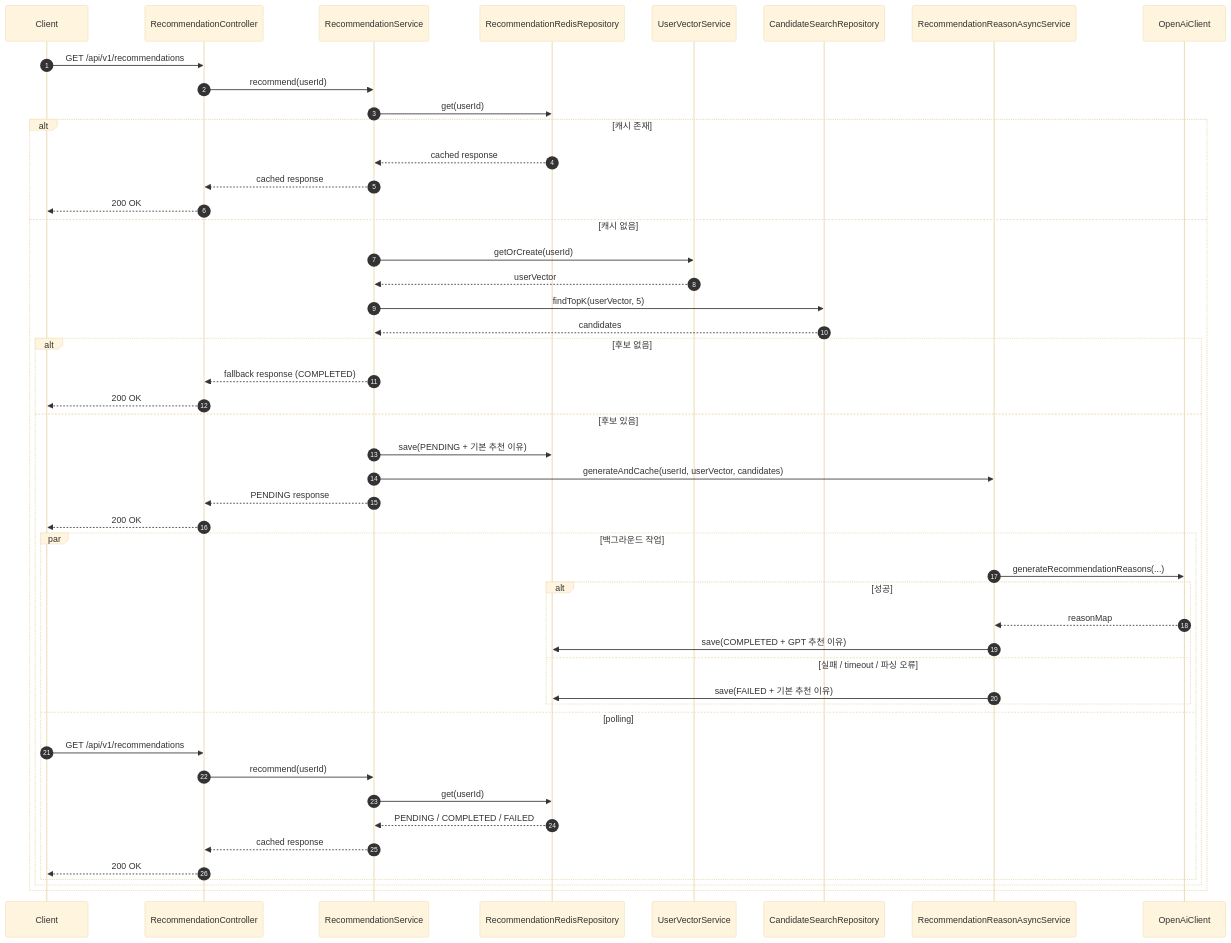
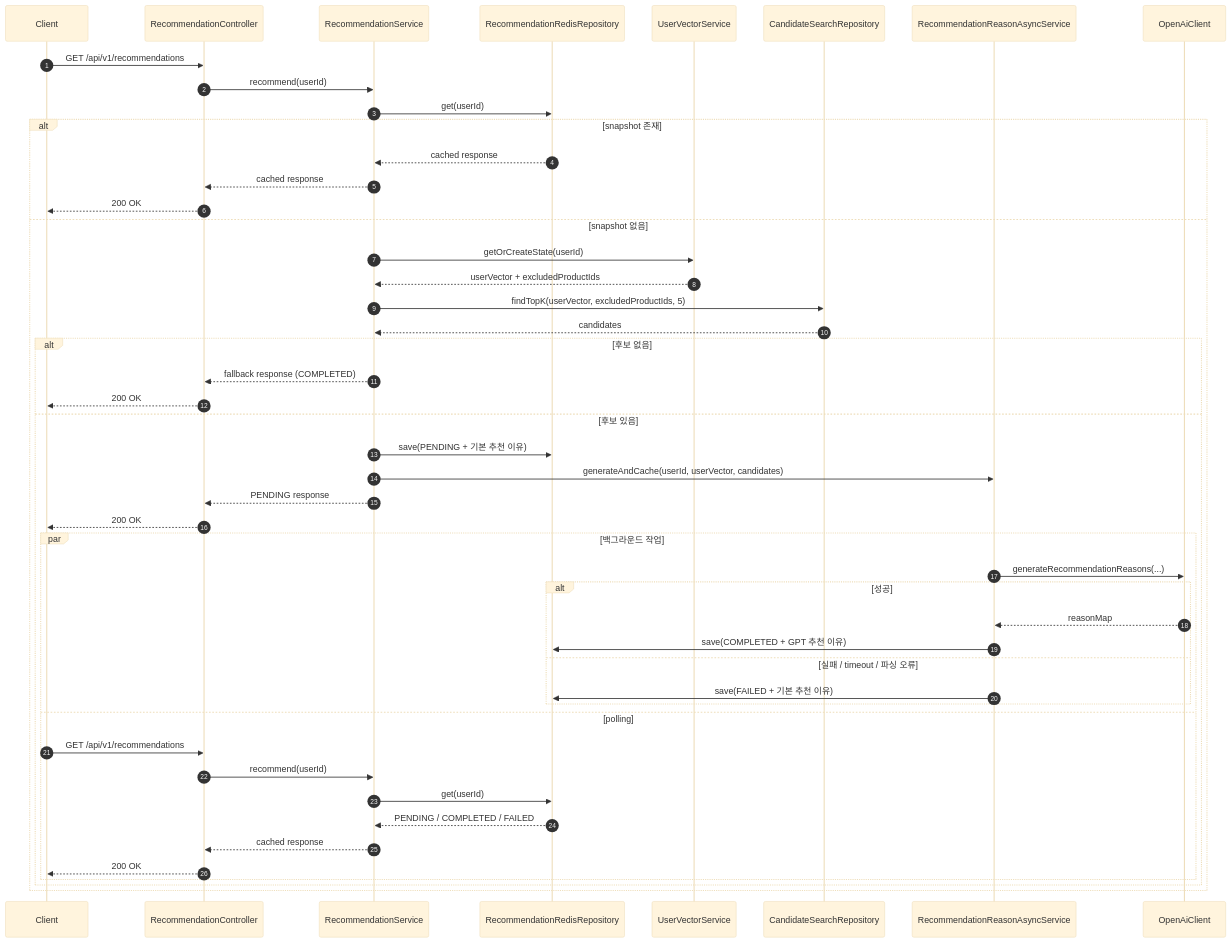
The second of 2 diagrams in docs/ai/recommendation-logic.md (prgrms-be-adv-devcourse/beadv5_5_ChamomileChicken_BE), drawn with Mermaid (base theme) before and after one commit. The commit also changed other lines of this file and 2 other files, not shown here.

````diff
--- a/docs/ai/recommendation-logic.md
+++ b/docs/ai/recommendation-logic.md
@@ -31,54 +32,54 @@
 ```mermaid
 sequenceDiagram
     autonumber
     participant Client
     participant Controller as RecommendationController
     participant Service as RecommendationService
-    participant Redis as RecommendationRedisRepository
+    participant Snapshot as RecommendationRedisRepository
     participant Vector as UserVectorService
     participant Search as CandidateSearchRepository
     participant Async as RecommendationReasonAsyncService
     participant OpenAI as OpenAiClient
 
     Client->>Controller: GET /api/v1/recommendations
     Controller->>Service: recommend(userId)
-    Service->>Redis: get(userId)
+    Service->>Snapshot: get(userId)
 
-    alt 캐시 존재
-        Redis-->>Service: cached response
+    alt snapshot 존재
+        Snapshot-->>Service: cached response
         Service-->>Controller: cached response
         Controller-->>Client: 200 OK
-    else 캐시 없음
-        Service->>Vector: getOrCreate(userId)
-        Vector-->>Service: userVector
-        Service->>Search: findTopK(userVector, 5)
+    else snapshot 없음
+        Service->>Vector: getOrCreateState(userId)
+        Vector-->>Service: userVector + excludedProductIds
+        Service->>Search: findTopK(userVector, excludedProductIds, 5)
         Search-->>Service: candidates
 
         alt 후보 없음
             Service-->>Controller: fallback response (COMPLETED)
             Controller-->>Client: 200 OK
         else 후보 있음
-            Service->>Redis: save(PENDING + 기본 추천 이유)
+            Service->>Snapshot: save(PENDING + 기본 추천 이유)
             Service->>Async: generateAndCache(userId, userVector, candidates)
             Service-->>Controller: PENDING response
             Controller-->>Client: 200 OK
 
             par 백그라운드 작업
                 Async->>OpenAI: generateRecommendationReasons(...)
                 alt 성공
                     OpenAI-->>Async: reasonMap
-                    Async->>Redis: save(COMPLETED + GPT 추천 이유)
+                    Async->>Snapshot: save(COMPLETED + GPT 추천 이유)
                 else 실패 / timeout / 파싱 오류
-                    Async->>Redis: save(FAILED + 기본 추천 이유)
+                    Async->>Snapshot: save(FAILED + 기본 추천 이유)
                 end
             and polling
                 Client->>Controller: GET /api/v1/recommendations
                 Controller->>Service: recommend(userId)
-                Service->>Redis: get(userId)
-                Redis-->>Service: PENDING / COMPLETED / FAILED
+                Service->>Snapshot: get(userId)
+                Snapshot-->>Service: PENDING / COMPLETED / FAILED
                 Service-->>Controller: cached response
                 Controller-->>Client: 200 OK
             end
         end
     end
 ```
````
